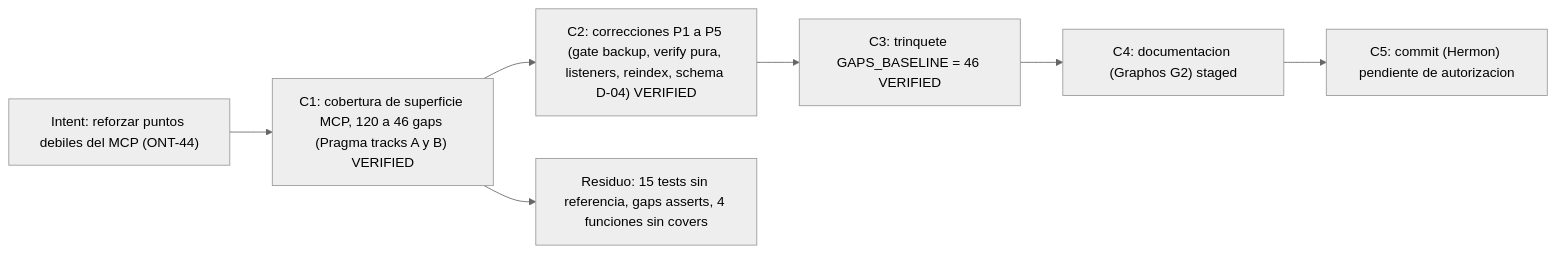
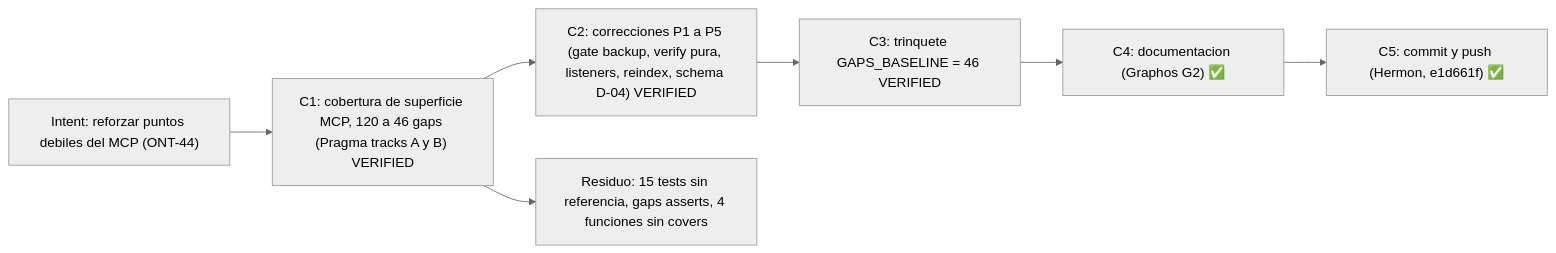
The seventh of 9 diagrams in docs/MILESTONES.md (ancrz/agent-execution-plane), drawn with Mermaid (neutral theme) before and after one commit. The commit also changed other lines of this file and 3 other files, not shown here.

````diff
--- a/docs/MILESTONES.md
+++ b/docs/MILESTONES.md
@@ -359,9 +359,9 @@
 ```mermaid
 flowchart LR
     I11["Intent: reforzar puntos debiles del MCP (ONT-44)"] --> C1["C1: cobertura de superficie MCP, 120 a 46 gaps (Pragma tracks A y B) VERIFIED"]
     C1 --> C2["C2: correcciones P1 a P5 (gate backup, verify pura, listeners, reindex, schema D-04) VERIFIED"]
     C2 --> C3["C3: trinquete GAPS_BASELINE = 46 VERIFIED"]
-    C3 --> C4["C4: documentacion (Graphos G2) staged"]
-    C4 --> C5["C5: commit (Hermon) pendiente de autorizacion"]
+    C3 --> C4["C4: documentacion (Graphos G2) ✅"]
+    C4 --> C5["C5: commit y push (Hermon, e1d661f) ✅"]
     C1 --> R["Residuo: 15 tests sin referencia, gaps asserts, 4 funciones sin covers"]
 ```
````
